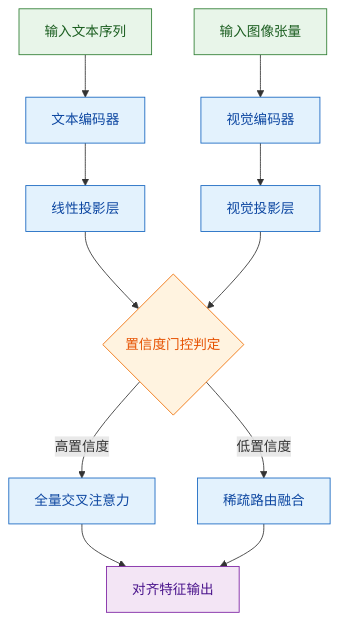
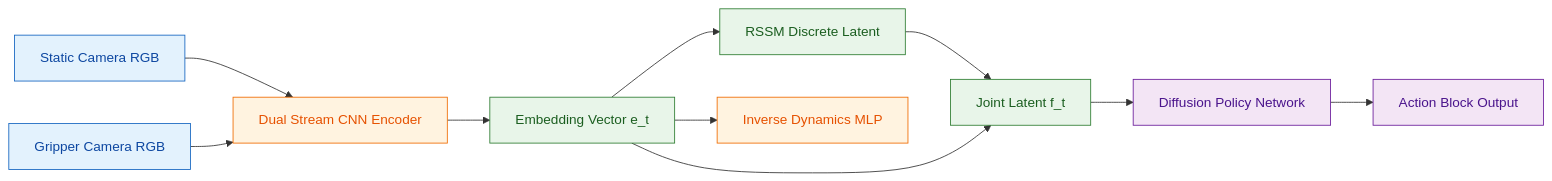
One commit to ShinewineW/paper-rolling changed the eighth of 10 diagrams in person_vault/2026-06-08_EnhancingPolicyLearningWithWorldActionModel_2603.28955/report.md. Above: the diagram before and after it, drawn with Mermaid. The commit also changed other lines of this file and 51 other files, not shown here.

````diff
--- a/person_vault/2026-06-08_EnhancingPolicyLearningWithWorldActionModel_2603.28955/report.md
+++ b/person_vault/2026-06-08_EnhancingPolicyLearningWithWorldActionModel_2603.28955/report.md
@@ -369,22 +516,27 @@
 ```mermaid
-flowchart TB
-    classDef input fill:#e8f5e9,stroke:#2e7d32,color:#1b5e20
-    classDef process fill:#e3f2fd,stroke:#1565c0,color:#0d47a1
-    classDef gate fill:#fff3e0,stroke:#ef6c00,color:#e65100
-    classDef output fill:#f3e5f5,stroke:#7b1fa2,color:#4a148c
+flowchart LR
+  classDef sensor fill:#e3f2fd,color:#0d47a1,stroke:#1565c0
+  classDef encoder fill:#fff3e0,color:#e65100,stroke:#ef6c00
+  classDef latent fill:#e8f5e9,color:#1b5e20,stroke:#2e7d32
+  classDef policy fill:#f3e5f5,color:#4a148c,stroke:#6a1b9a
 
-    raw_text["输入文本序列"]:::input --> text_enc["文本编码器"]:::process
-    raw_img["输入图像张量"]:::input --> img_enc["视觉编码器"]:::process
-    
-    text_enc --> proj_txt["线性投影层"]:::process
-    img_enc --> proj_img["视觉投影层"]:::process
-    
-    proj_txt --> gate_check{置信度门控判定}:::gate
-    proj_img --> gate_check
-    
-    gate_check -- 高置信度 --> fuse_full["全量交叉注意力"]:::process
-    gate_check -- 低置信度 --> fuse_sparse["稀疏路由融合"]:::process
-    
-    fuse_full --> align_out["对齐特征输出"]:::output
-    fuse_sparse --> align_out
+  static_cam["Static Camera RGB"]:::sensor
+  gripper_cam["Gripper Camera RGB"]:::sensor
+  dual_cnn["Dual Stream CNN Encoder"]:::encoder
+  embed_vec["Embedding Vector e_t"]:::latent
+  rssm_core["RSSM Discrete Latent"]:::latent
+  joint_feat["Joint Latent f_t"]:::latent
+  inv_dyn["Inverse Dynamics MLP"]:::encoder
+  diff_policy["Diffusion Policy Network"]:::policy
+  act_block["Action Block Output"]:::policy
+
+  static_cam --> dual_cnn
+  gripper_cam --> dual_cnn
+  dual_cnn --> embed_vec
+  embed_vec --> rssm_core
+  rssm_core --> joint_feat
+  embed_vec --> joint_feat
+  embed_vec --> inv_dyn
+  joint_feat --> diff_policy
+  diff_policy --> act_block
 ```
````
